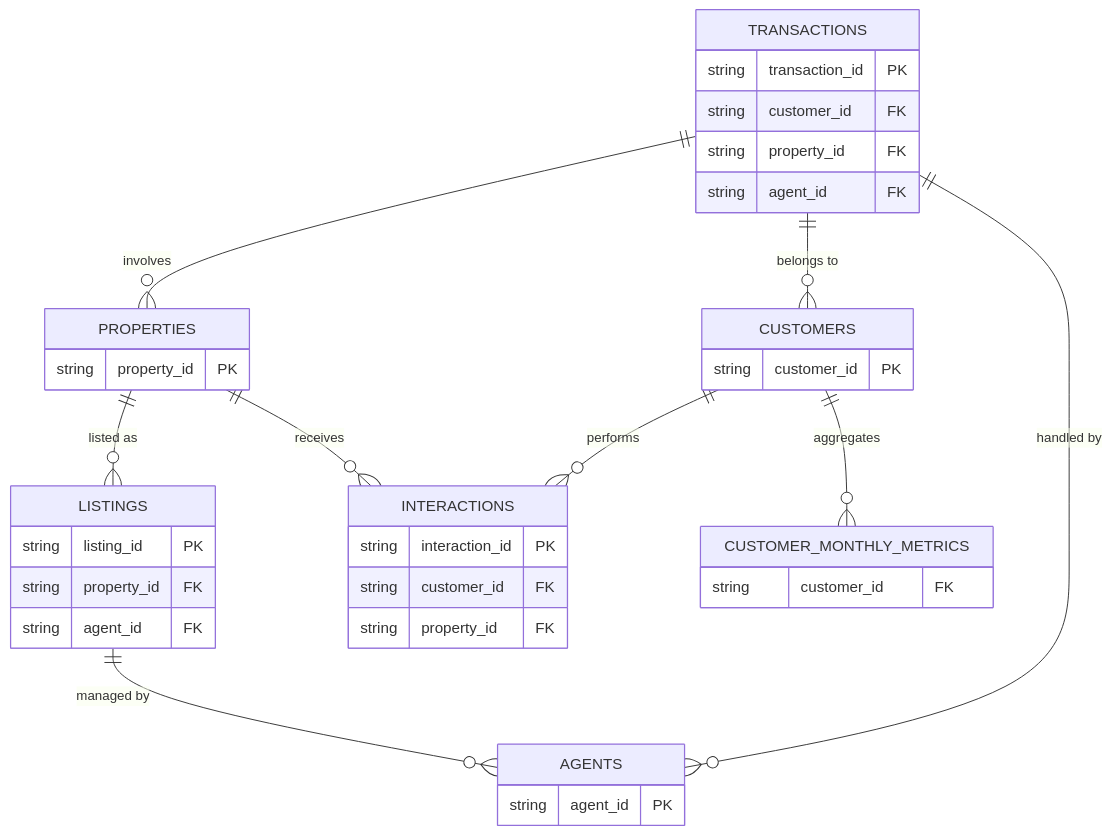
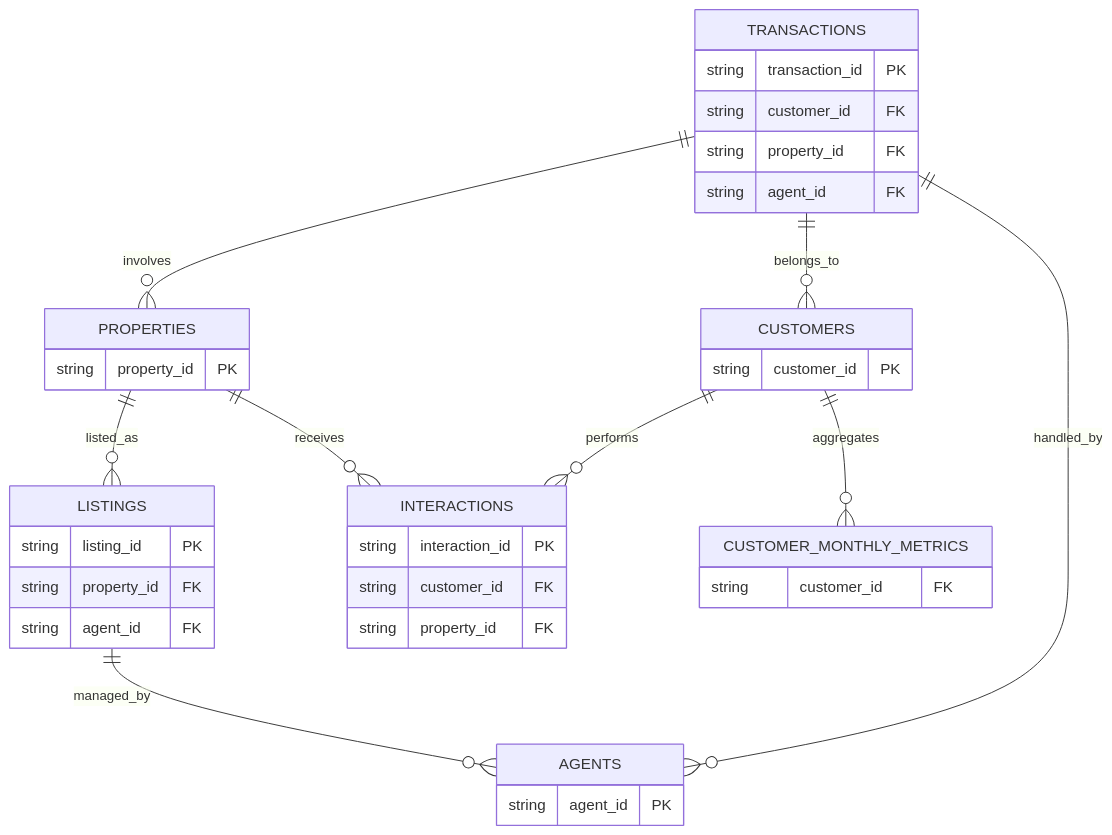
One commit to viveksadhucodes/realestate-lakehouse-project changed the second of 2 diagrams in README.md. Above: the diagram before and after it, drawn with Mermaid. The commit also changed other lines of this file, not shown here.

````diff
--- a/README.md
+++ b/README.md
@@ -234,50 +140,49 @@
 ```mermaid
 erDiagram
-
     TRANSACTIONS {
         string transaction_id PK
         string customer_id FK
         string property_id FK
         string agent_id FK
     }
 
     CUSTOMERS {
         string customer_id PK
     }
 
     PROPERTIES {
         string property_id PK
     }
 
     LISTINGS {
         string listing_id PK
         string property_id FK
         string agent_id FK
     }
 
     AGENTS {
         string agent_id PK
     }
 
     INTERACTIONS {
         string interaction_id PK
         string customer_id FK
         string property_id FK
     }
 
     CUSTOMER_MONTHLY_METRICS {
         string customer_id FK
     }
 
-    TRANSACTIONS ||--o{ CUSTOMERS : "belongs to"
-    TRANSACTIONS ||--o{ PROPERTIES : "involves"
-    TRANSACTIONS ||--o{ AGENTS : "handled by"
+    TRANSACTIONS ||--o{ CUSTOMERS : belongs_to
+    TRANSACTIONS ||--o{ PROPERTIES : involves
+    TRANSACTIONS ||--o{ AGENTS : handled_by
 
-    PROPERTIES ||--o{ LISTINGS : "listed as"
-    LISTINGS ||--o{ AGENTS : "managed by"
+    PROPERTIES ||--o{ LISTINGS : listed_as
+    LISTINGS ||--o{ AGENTS : managed_by
 
-    CUSTOMERS ||--o{ INTERACTIONS : "performs"
-    PROPERTIES ||--o{ INTERACTIONS : "receives"
+    CUSTOMERS ||--o{ INTERACTIONS : performs
+    PROPERTIES ||--o{ INTERACTIONS : receives
 
-    CUSTOMERS ||--o{ CUSTOMER_MONTHLY_METRICS : "aggregates"
+    CUSTOMERS ||--o{ CUSTOMER_MONTHLY_METRICS : aggregates
 ```
````
